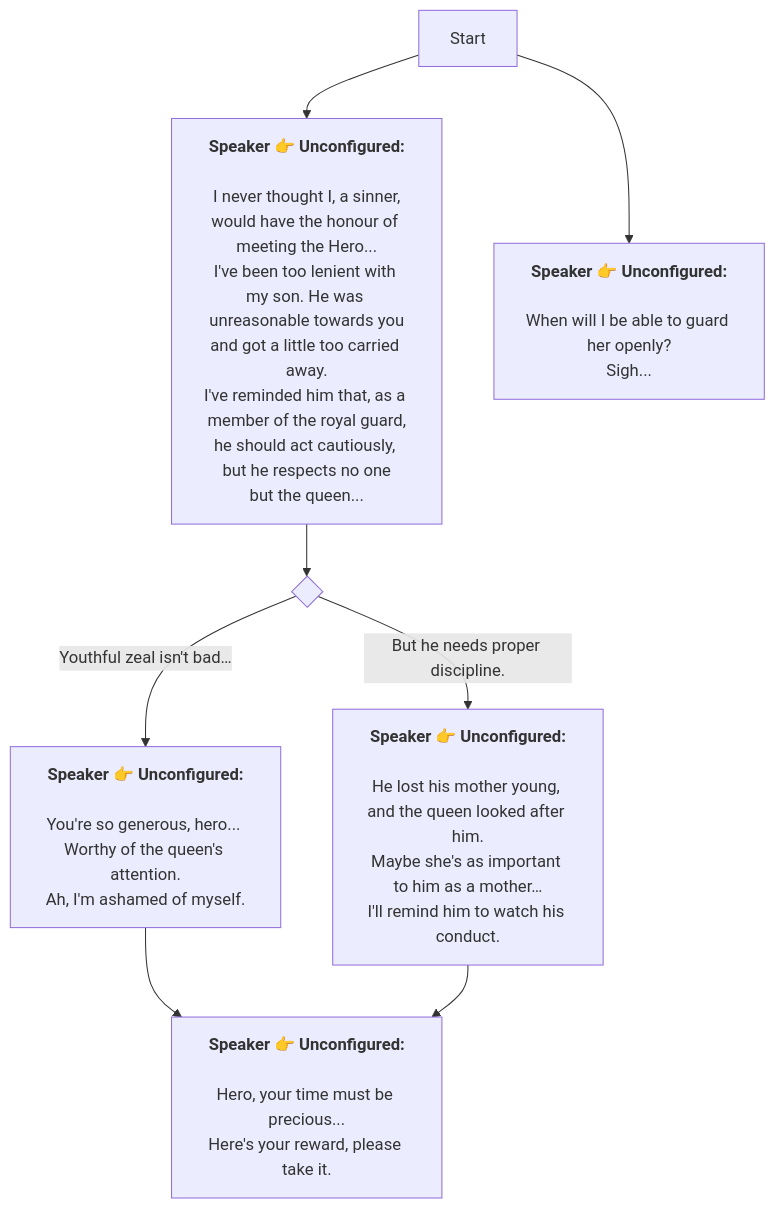
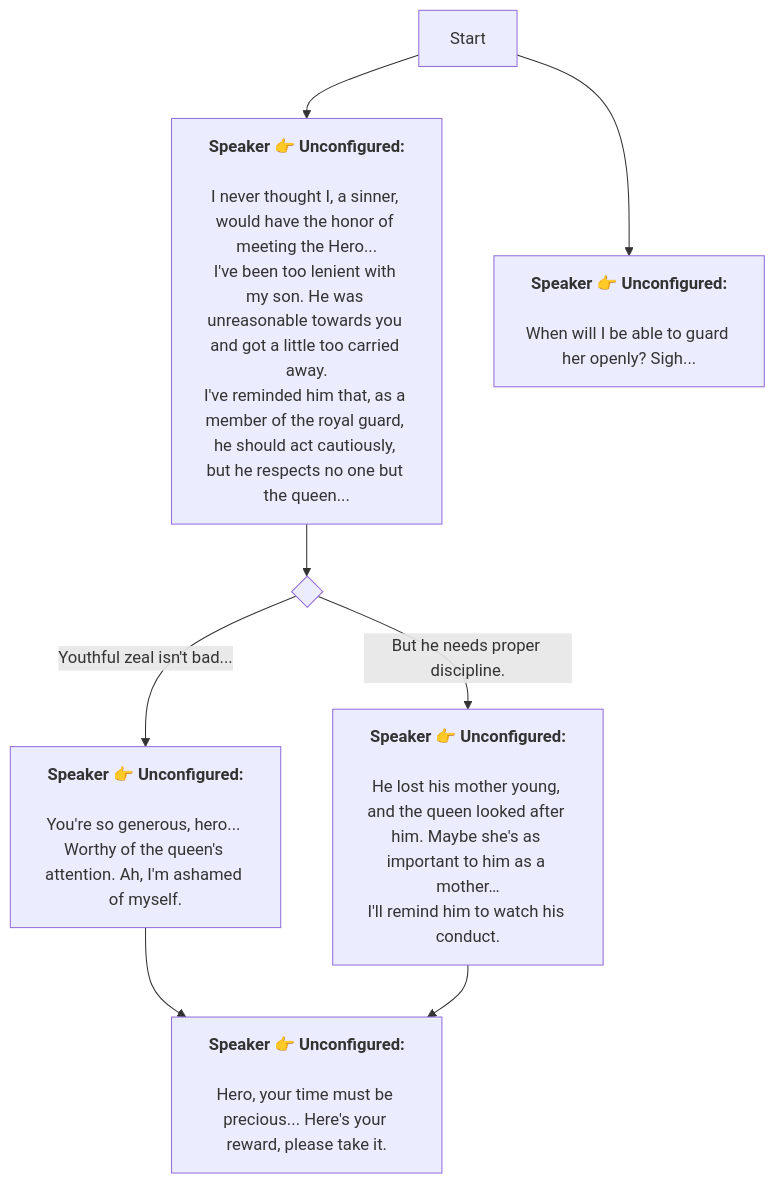
Before and after one commit to SoftHu/tos_avg: the diagram in En/GLP_4.md, drawn with Mermaid. The commit also changed 199 other files, not shown here.

````diff
--- a/En/GLP_4.md
+++ b/En/GLP_4.md
@@ -1,35 +1,26 @@
 ```mermaid
 graph
 Start -->1719164382430250[<b>Speaker 👉 Unconfigured:</b>
 
-I never thought I, a sinner,
-would have the honour of meeting the Hero...
-I've been too lenient with my son. He was unreasonable towards you
-and got a little too carried away.
-I've reminded him that, as a member of the royal guard,
-he should act cautiously, but he respects no one
-but the queen...]
+I never thought I, a sinner, would have the honor of meeting the Hero...
+I've been too lenient with my son. He was unreasonable towards you and got a little too carried away.
+I've reminded him that, as a member of the royal guard, he should act cautiously, but he respects no one but the queen...]
 1719164382430250 -->1719169938053163{ }
-1719169938053163 -->|Youthful zeal isn't bad…|1719170460340272[<b>Speaker 👉 Unconfigured:</b>
+1719169938053163 -->|Youthful zeal isn't bad...|1719170460340272[<b>Speaker 👉 Unconfigured:</b>
 
-You're so generous, hero... Worthy of the queen's attention.
-Ah, I'm ashamed of myself.]
+You're so generous, hero... Worthy of the queen's attention. Ah, I'm ashamed of myself.]
 1719169938053163 -->|But he needs proper discipline.|1719170465625137[<b>Speaker 👉 Unconfigured:</b>
 
-He lost his mother young, and the queen looked after him.
-Maybe she's as important to him as a mother…
+He lost his mother young, and the queen looked after him. Maybe she's as important to him as a mother…
 I'll remind him to watch his conduct.]
 1719170460340272 -->1719171115381810[<b>Speaker 👉 Unconfigured:</b>
 
-Hero, your time must be precious...
-Here's your reward, please take it.]
+Hero, your time must be precious... Here's your reward, please take it.]
 1719170465625137 -->1719171115381810[<b>Speaker 👉 Unconfigured:</b>
 
-Hero, your time must be precious...
-Here's your reward, please take it.]
+Hero, your time must be precious... Here's your reward, please take it.]
 Start -->1724023778065461[<b>Speaker 👉 Unconfigured:</b>
 
-When will I be able to guard her openly?
-Sigh...]
+When will I be able to guard her openly? Sigh...]
 
  ```
````
